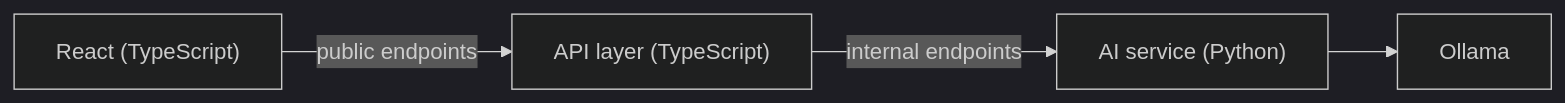
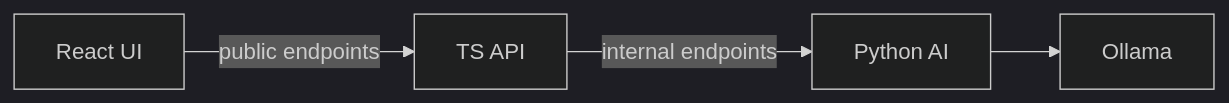
One commit to sabrahermassi/injury-journal-ai-agent changed the first of 3 diagrams in docs/test.md. Above: the diagram before and after it, drawn with Mermaid (dark theme). The commit also changed other lines of this file, not shown here.

````diff
--- a/docs/test.md
+++ b/docs/test.md
@@ -1,11 +1,11 @@
 ```mermaid
 flowchart LR
-    UI["React (TypeScript)"]
-    API["API layer (TypeScript)"]
-    AI["AI service (Python)"]
+    UI["React UI"]
+    API["TS API"]
+    AI["Python AI"]
     OL["Ollama"]
 
     UI -->|public endpoints| API
     API -->|internal endpoints| AI
     AI --> OL
 ```
````
